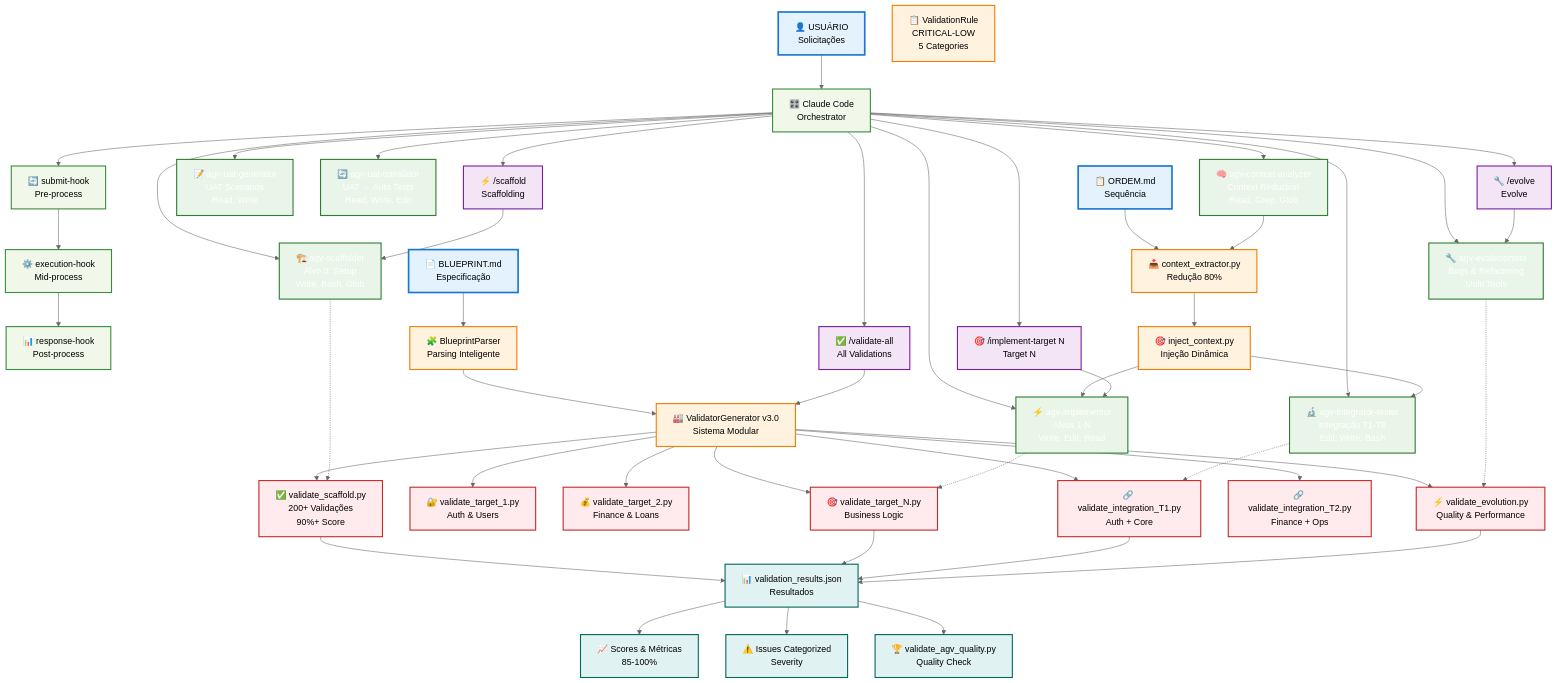
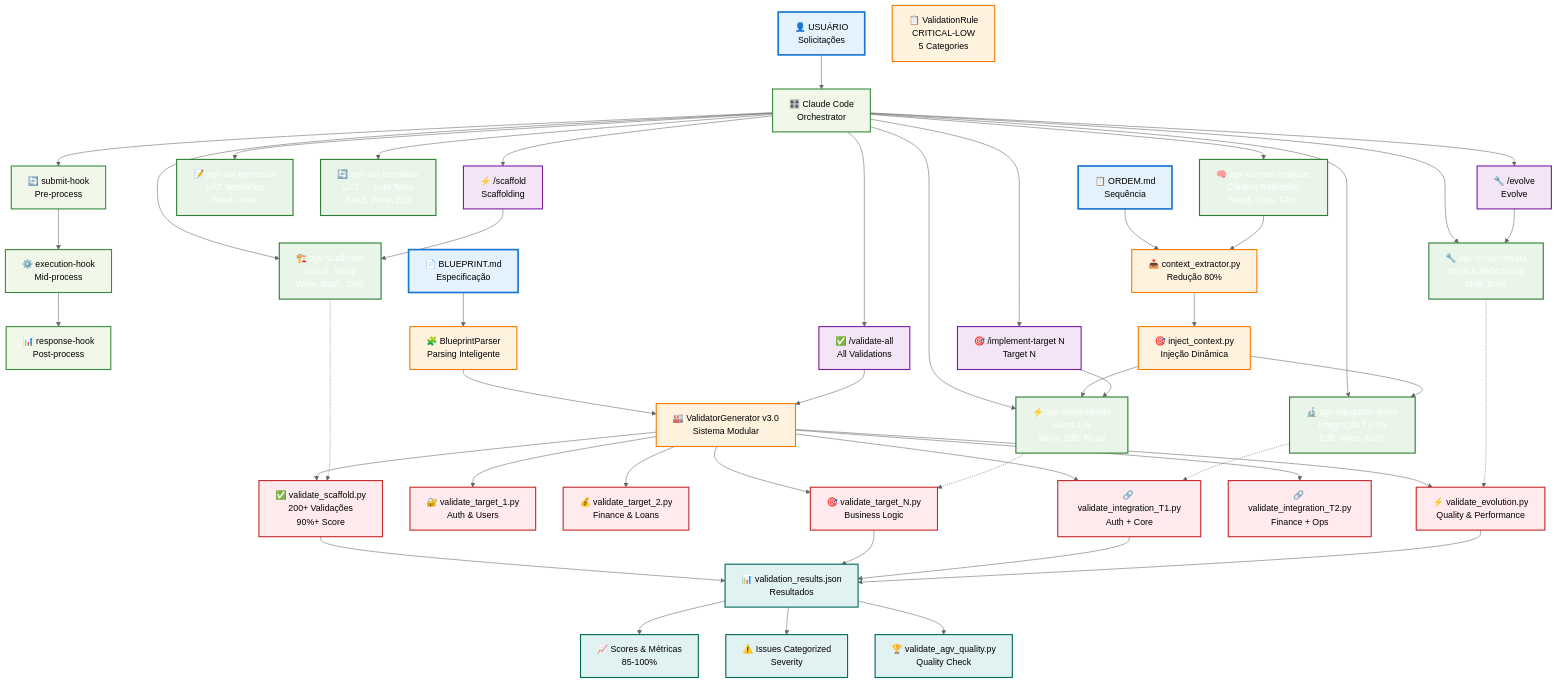
One commit to Tomvaz11/agv_method_cc changed the diagram in agv-system/diagramas/integracao-subagents.md. Above: the diagram before and after it, drawn with Mermaid (neutral theme). The commit also changed other lines of this file and 106 other files, not shown here.

```diff
--- a/agv-system/diagramas/integracao-subagents.md
+++ b/agv-system/diagramas/integracao-subagents.md
@@ -18,7 +18,7 @@
     %% SUBAGENTS LAYER
     SA1[🏗️ agv-scaffolder<br/>Alvo 0: Setup<br/>Write, Bash, Glob]
     SA2[⚡ agv-implementor<br/>Alvos 1-N<br/>Write, Edit, Read]
-    SA3[🔬 agv-integrator-tester<br/>Integração T1-T8<br/>Edit, Write, Bash]
+    SA3[🔬 agv-integrator-tester<br/>Integração T1-TN<br/>Edit, Write, Bash]
     SA4[🔧 agv-evolucionista<br/>Bugs & Refactoring<br/>Multi Tools]
     SA5[📝 agv-uat-generator<br/>UAT Scenarios<br/>Read, Write]
     SA6[🔄 agv-uat-translator<br/>UAT → Auto Tests<br/>Read, Write, Edit]
```
